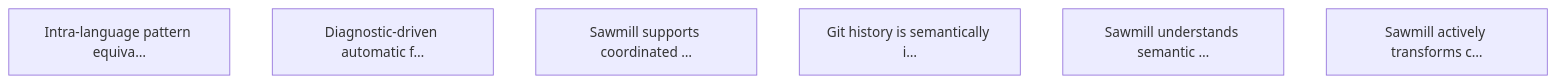
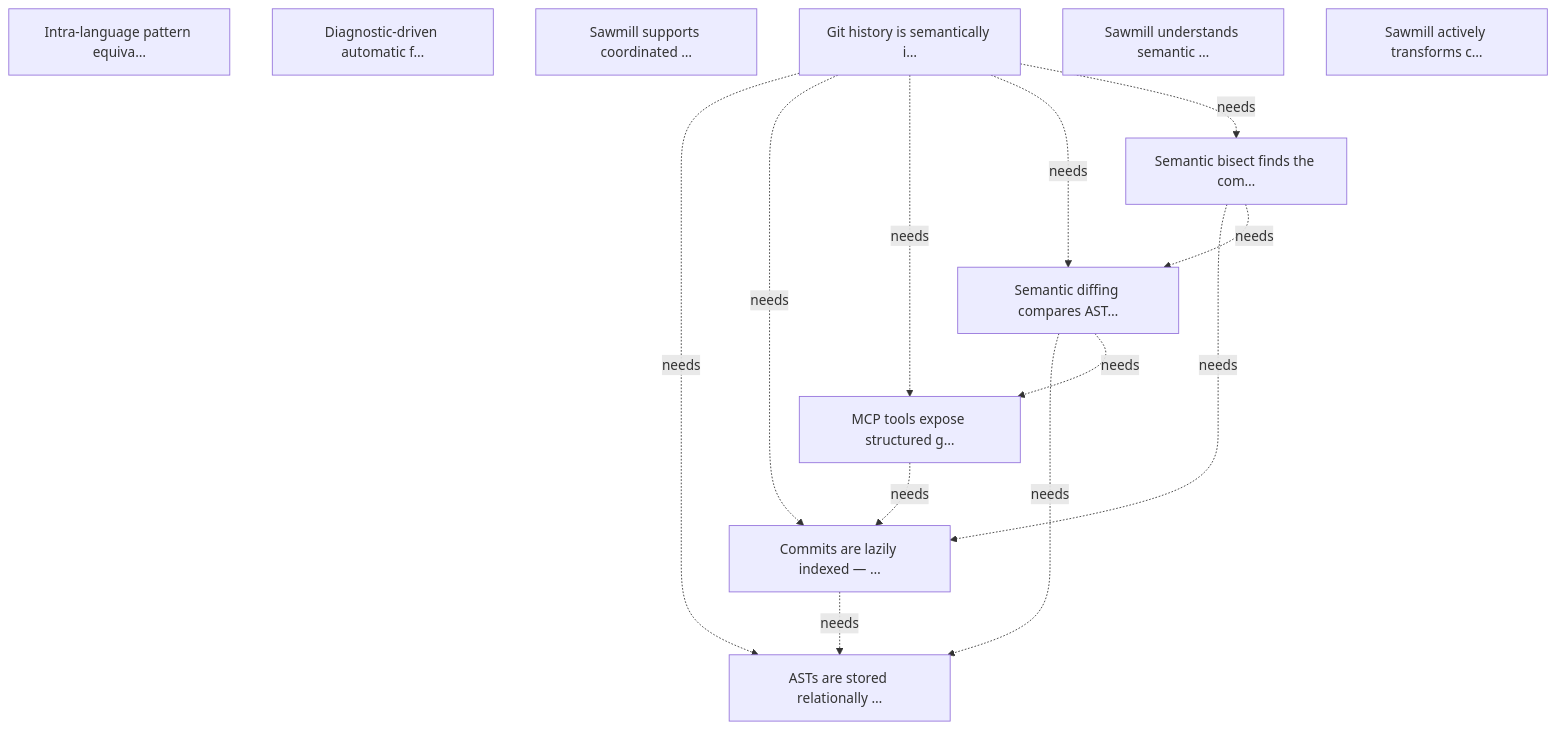
One commit to marcelocantos/sawmill changed the diagram in targets.md. Above: the diagram before and after it, drawn with Mermaid. The commit also changed other lines of this file and 5 other files, not shown here.

````diff
--- a/targets.md
+++ b/targets.md
@@ -135,9 +232,25 @@
 ```mermaid
 graph TD
     T1["Intra-language pattern equiva…"]
+    T10["ASTs are stored relationally …"]
+    T11["Commits are lazily indexed — …"]
+    T12["MCP tools expose structured g…"]
+    T13["Semantic diffing compares AST…"]
+    T14["Semantic bisect finds the com…"]
     T3["Diagnostic-driven automatic f…"]
     T5["Sawmill supports coordinated …"]
     T6["Git history is semantically i…"]
     T7["Sawmill understands semantic …"]
     T8["Sawmill actively transforms c…"]
+    T11 -.->|needs| T10
+    T12 -.->|needs| T11
+    T13 -.->|needs| T10
+    T13 -.->|needs| T12
+    T14 -.->|needs| T11
+    T14 -.->|needs| T13
+    T6 -.->|needs| T10
+    T6 -.->|needs| T11
+    T6 -.->|needs| T12
+    T6 -.->|needs| T13
+    T6 -.->|needs| T14
 ```
````
